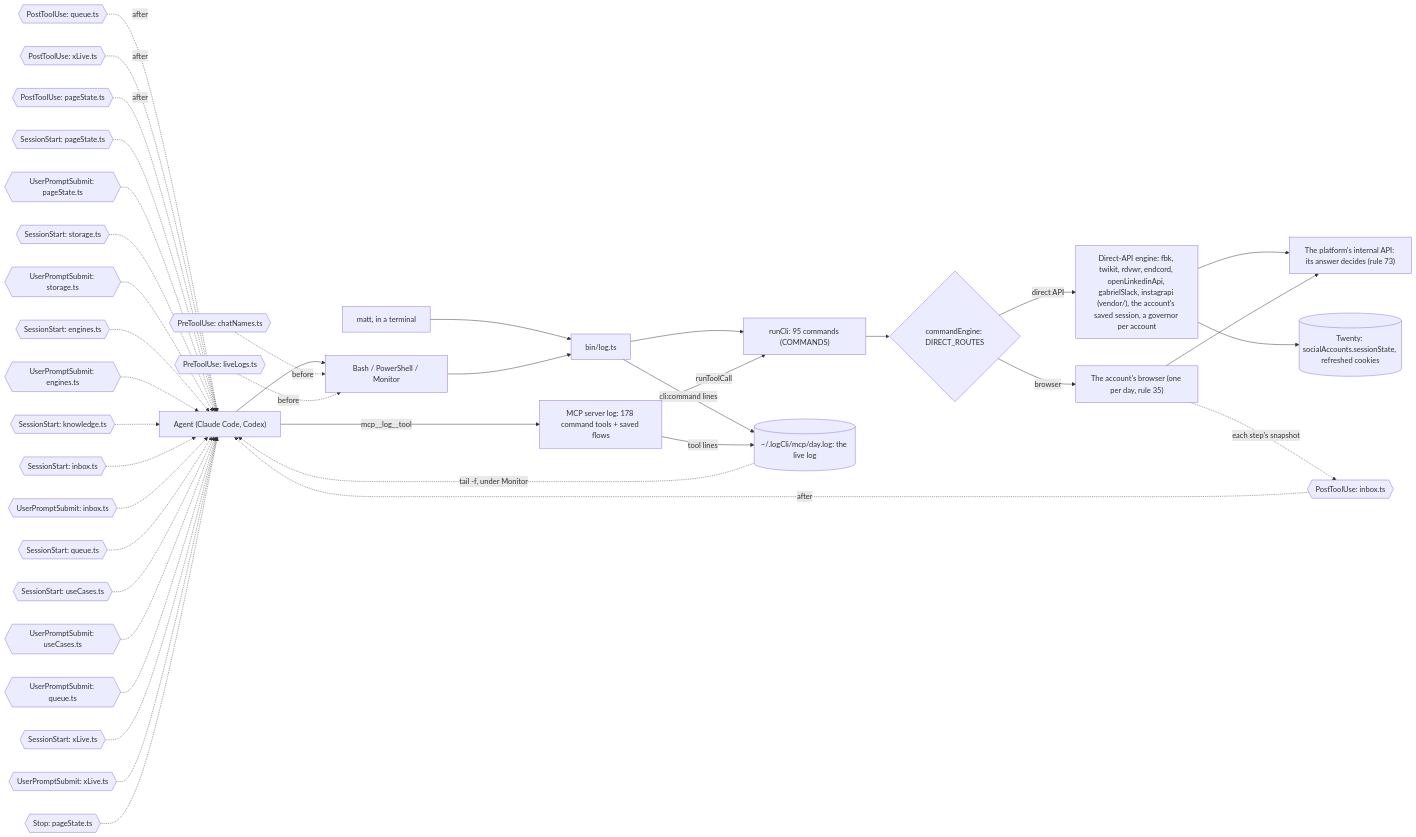
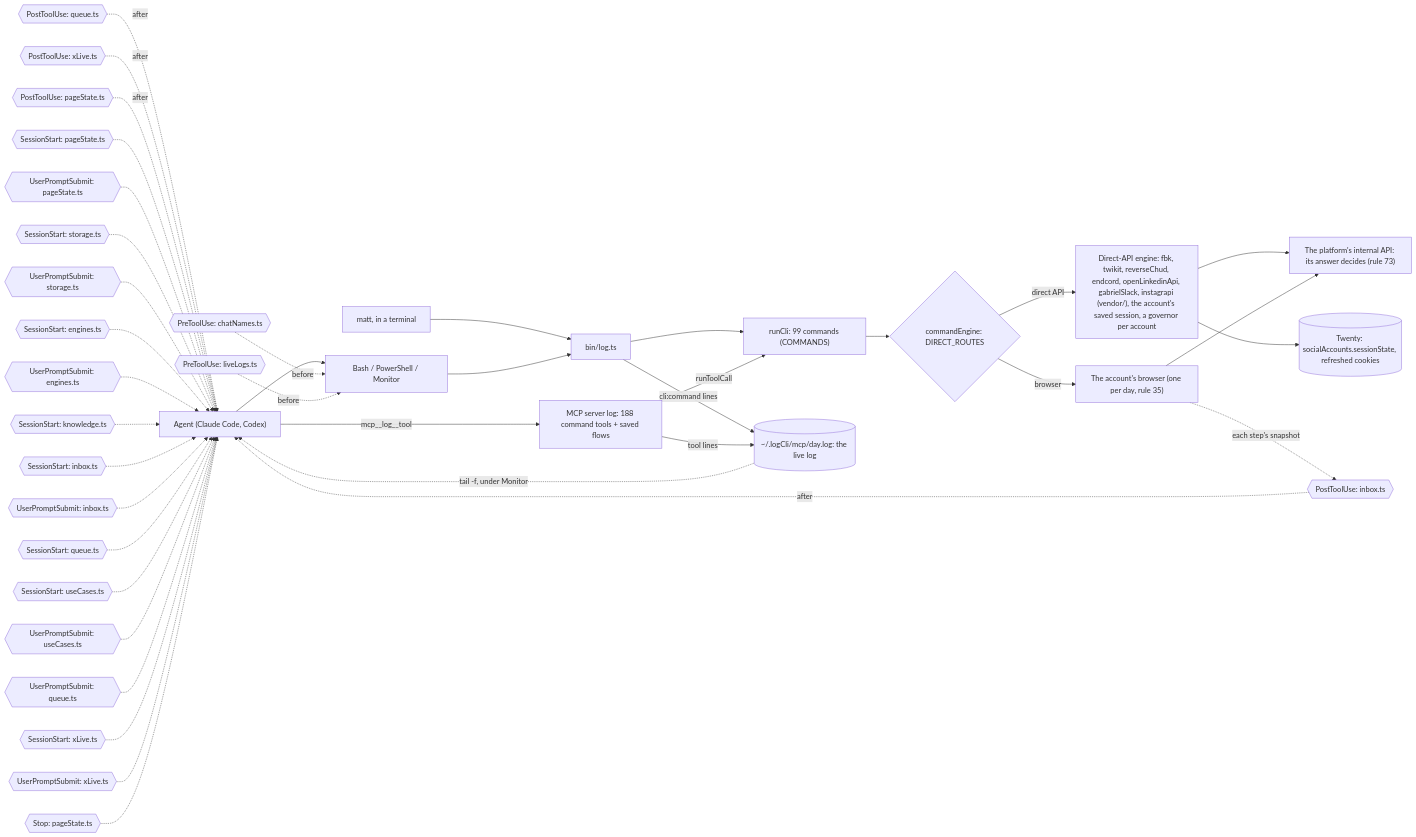
Before and after one commit to matthewdonsemail-lab/log: the third of 6 diagrams in docs/reference.md, drawn with Mermaid. The commit also changed other lines of this file and 106 other files, not shown here.

Commit message:
feat(reddit): run Reddit on vendor/reverseChud; read home feed and posts with comments; post, reply and vote as dry runs unless live; contributormaxxing use case

````diff
--- a/docs/reference.md
+++ b/docs/reference.md
@@ -187,53 +191,53 @@
 ```mermaid
 flowchart LR
   agent["Agent (Claude Code, Codex)"]
   matt["matt, in a terminal"]
   shell["Bash / PowerShell / Monitor"]
-  mcp["MCP server log: 178 command tools + saved flows"]
+  mcp["MCP server log: 188 command tools + saved flows"]
   bin["bin/log.ts"]
-  runCli["runCli: 95 commands (COMMANDS)"]
+  runCli["runCli: 99 commands (COMMANDS)"]
   live[("~/.logCli/mcp/day.log: the live log")]
   engine{"commandEngine: DIRECT_ROUTES"}
-  direct["Direct-API engine: fbk, twikit, rdvwr, endcord, openLinkedinApi, gabrielSlack, instagrapi (vendor/), the account's saved session, a governor per account"]
+  direct["Direct-API engine: fbk, twikit, reverseChud, endcord, openLinkedinApi, gabrielSlack, instagrapi (vendor/), the account's saved session, a governor per account"]
   browser["The account's browser (one per day, rule 35)"]
   api["The platform's internal API: its answer decides (rule 73)"]
   twenty[("Twenty: socialAccounts.sessionState, refreshed cookies")]
   agent --> shell
   matt --> bin
   shell --> bin
   agent -->|mcp__log__tool| mcp
   bin --> runCli
   mcp -->|runToolCall| runCli
   runCli --> engine
   engine -->|direct API| direct
   engine -->|browser| browser
   direct --> api
   browser --> api
   direct --> twenty
   bin -->|cli:command lines| live
   mcp -->|tool lines| live
   live -.->|tail -f, under Monitor| agent
   pre0{{"PreToolUse: chatNames.ts"}} -.->|before| shell
   pre1{{"PreToolUse: liveLogs.ts"}} -.->|before| shell
   post0{{"PostToolUse: inbox.ts"}} -.->|after| agent
   post1{{"PostToolUse: queue.ts"}} -.->|after| agent
   post2{{"PostToolUse: xLive.ts"}} -.->|after| agent
   post3{{"PostToolUse: pageState.ts"}} -.->|after| agent
   turn0{{"SessionStart: pageState.ts"}} -.-> agent
   turn1{{"UserPromptSubmit: pageState.ts"}} -.-> agent
   turn2{{"SessionStart: storage.ts"}} -.-> agent
   turn3{{"UserPromptSubmit: storage.ts"}} -.-> agent
   turn4{{"SessionStart: engines.ts"}} -.-> agent
   turn5{{"UserPromptSubmit: engines.ts"}} -.-> agent
   turn6{{"SessionStart: knowledge.ts"}} -.-> agent
   turn7{{"SessionStart: inbox.ts"}} -.-> agent
   turn8{{"UserPromptSubmit: inbox.ts"}} -.-> agent
   turn9{{"SessionStart: queue.ts"}} -.-> agent
   turn10{{"SessionStart: useCases.ts"}} -.-> agent
   turn11{{"UserPromptSubmit: useCases.ts"}} -.-> agent
   turn12{{"UserPromptSubmit: queue.ts"}} -.-> agent
   turn13{{"SessionStart: xLive.ts"}} -.-> agent
   turn14{{"UserPromptSubmit: xLive.ts"}} -.-> agent
   turn15{{"Stop: pageState.ts"}} -.-> agent
   browser -.->|each step's snapshot| post0
 ```
````
